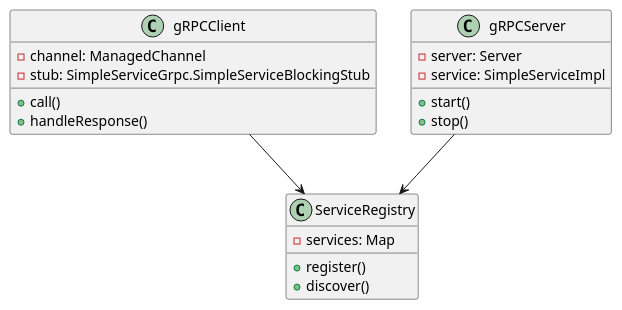
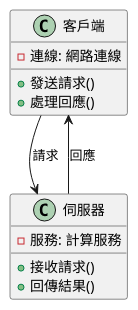
One commit to fine5351/info-sync changed the second of 3 diagrams in doc/learning/architecture/rpc_tutorial.md. Above: the diagram before and after it, drawn with PlantUML. The commit also changed other lines of this file and 35 other files, not shown here.

````diff
--- a/doc/learning/architecture/rpc_tutorial.md
+++ b/doc/learning/architecture/rpc_tutorial.md
@@ -276,26 +99,18 @@
 ```plantuml
 @startuml
-class gRPCClient {
-    - channel: ManagedChannel
-    - stub: SimpleServiceGrpc.SimpleServiceBlockingStub
-    + call()
-    + handleResponse()
+class 客戶端 {
+    - 連線: 網路連線
+    + 發送請求()
+    + 處理回應()
 }
 
-class gRPCServer {
-    - server: Server
-    - service: SimpleServiceImpl
-    + start()
-    + stop()
+class 伺服器 {
+    - 服務: 計算服務
+    + 接收請求()
+    + 回傳結果()
 }
 
-class ServiceRegistry {
-    - services: Map
-    + register()
-    + discover()
-}
-
-gRPCClient --> ServiceRegistry
-gRPCServer --> ServiceRegistry
+客戶端 --> 伺服器 : 請求
+伺服器 --> 客戶端 : 回應
 @enduml
 ```
````
